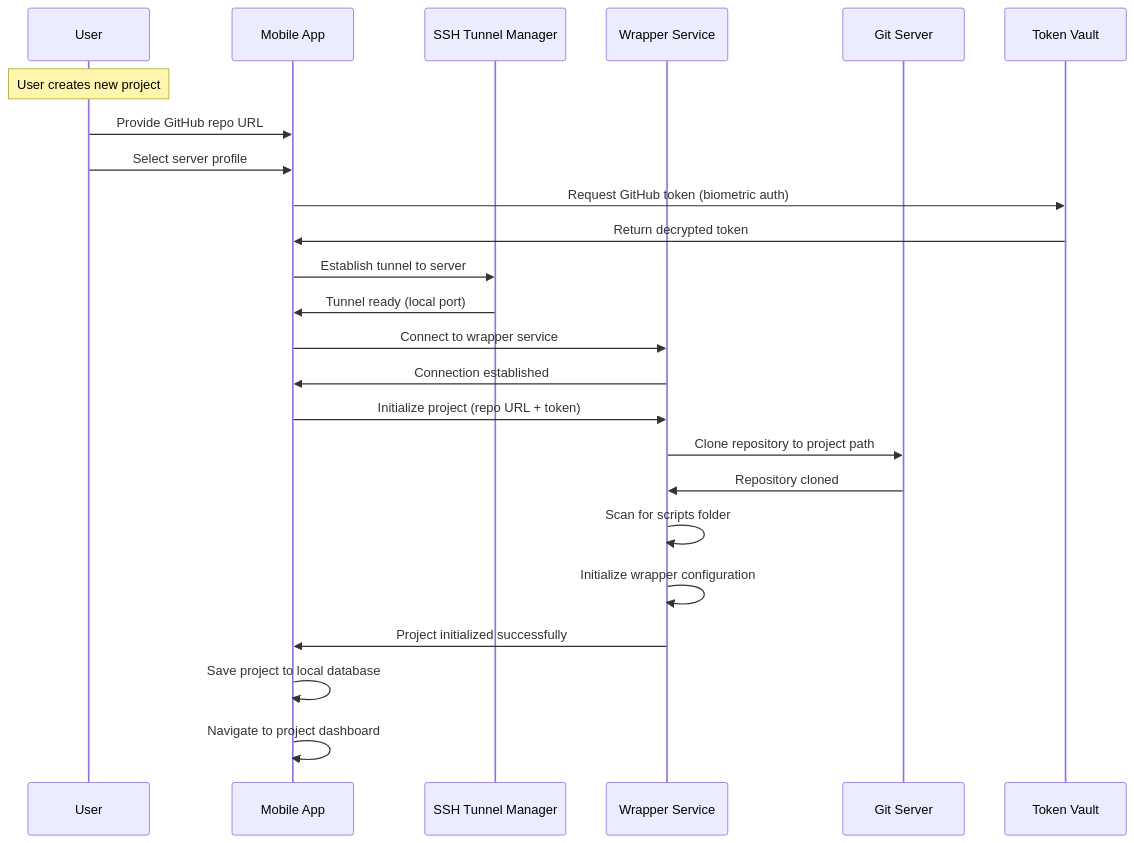
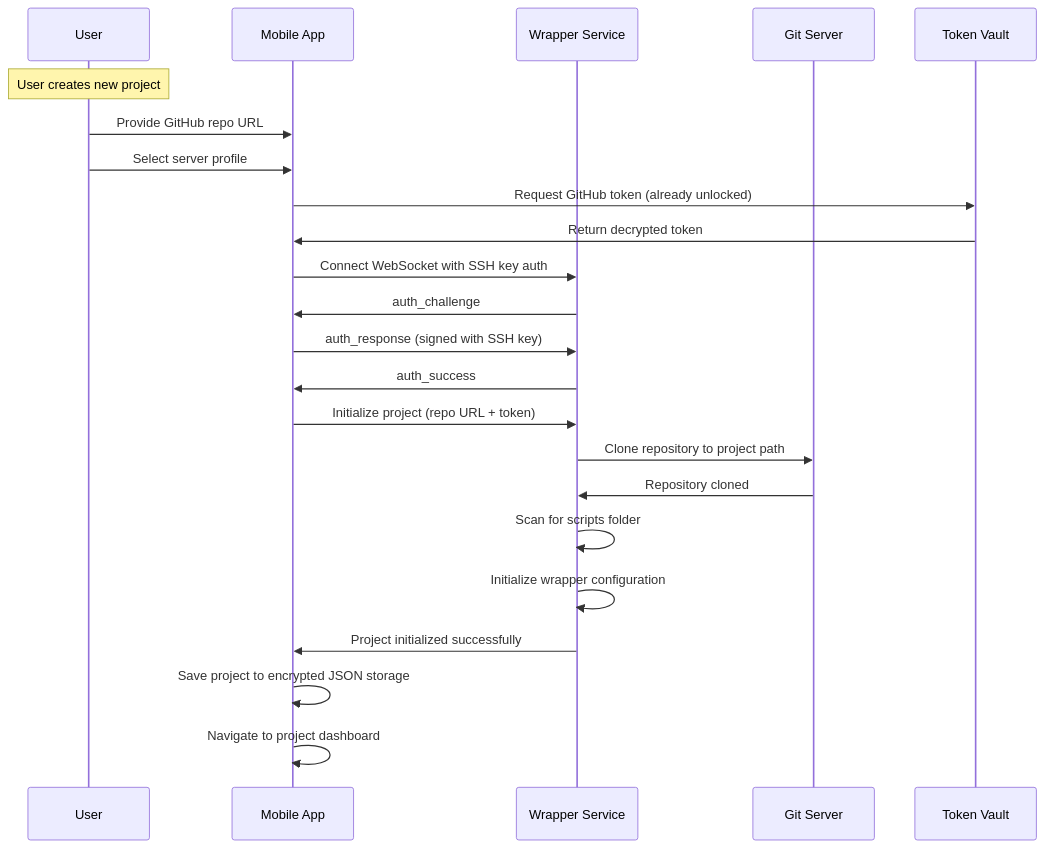
One commit to bebsworthy/pocket_agent changed the tenth of 15 diagrams in documentation/project.spec.md. Above: the diagram before and after it, drawn with Mermaid. The commit also changed other lines of this file and 26 other files, not shown here.

````diff
--- a/documentation/project.spec.md
+++ b/documentation/project.spec.md
@@ -546,30 +540,29 @@
 ```mermaid
 sequenceDiagram
     participant U as User
     participant M as Mobile App
-    participant SSH as SSH Tunnel Manager
     participant W as Wrapper Service
     participant Git as Git Server
     participant TV as Token Vault
     
     Note over U: User creates new project
     U->>M: Provide GitHub repo URL
     U->>M: Select server profile
-    M->>TV: Request GitHub token (biometric auth)
+    M->>TV: Request GitHub token (already unlocked)
     TV->>M: Return decrypted token
     
-    M->>SSH: Establish tunnel to server
-    SSH->>M: Tunnel ready (local port)
-    M->>W: Connect to wrapper service
-    W->>M: Connection established
+    M->>W: Connect WebSocket with SSH key auth
+    W->>M: auth_challenge
+    M->>W: auth_response (signed with SSH key)
+    W->>M: auth_success
     
     M->>W: Initialize project (repo URL + token)
     W->>Git: Clone repository to project path
     Git->>W: Repository cloned
     W->>W: Scan for scripts folder
     W->>W: Initialize wrapper configuration
     W->>M: Project initialized successfully
     
-    M->>M: Save project to local database
+    M->>M: Save project to encrypted JSON storage
     M->>M: Navigate to project dashboard
 ```
````
